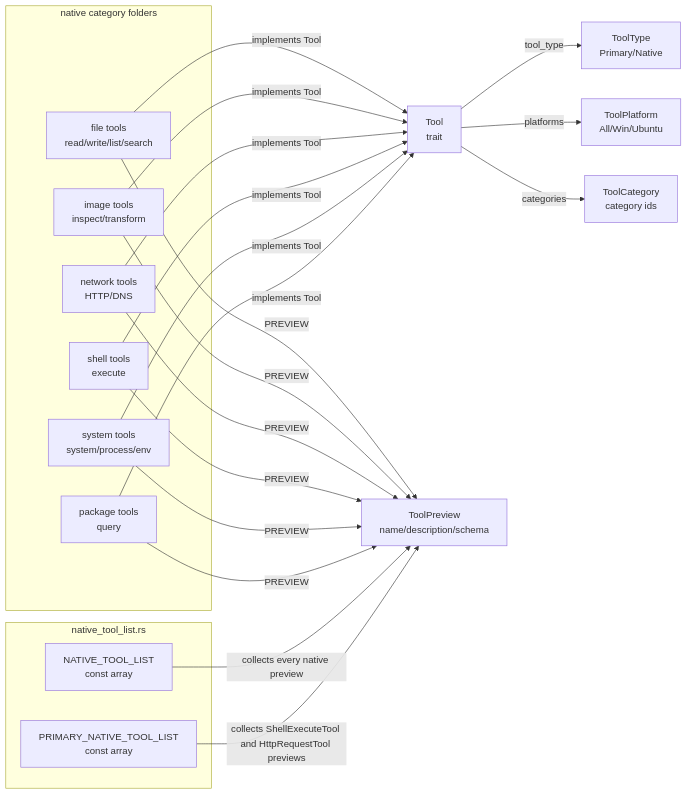
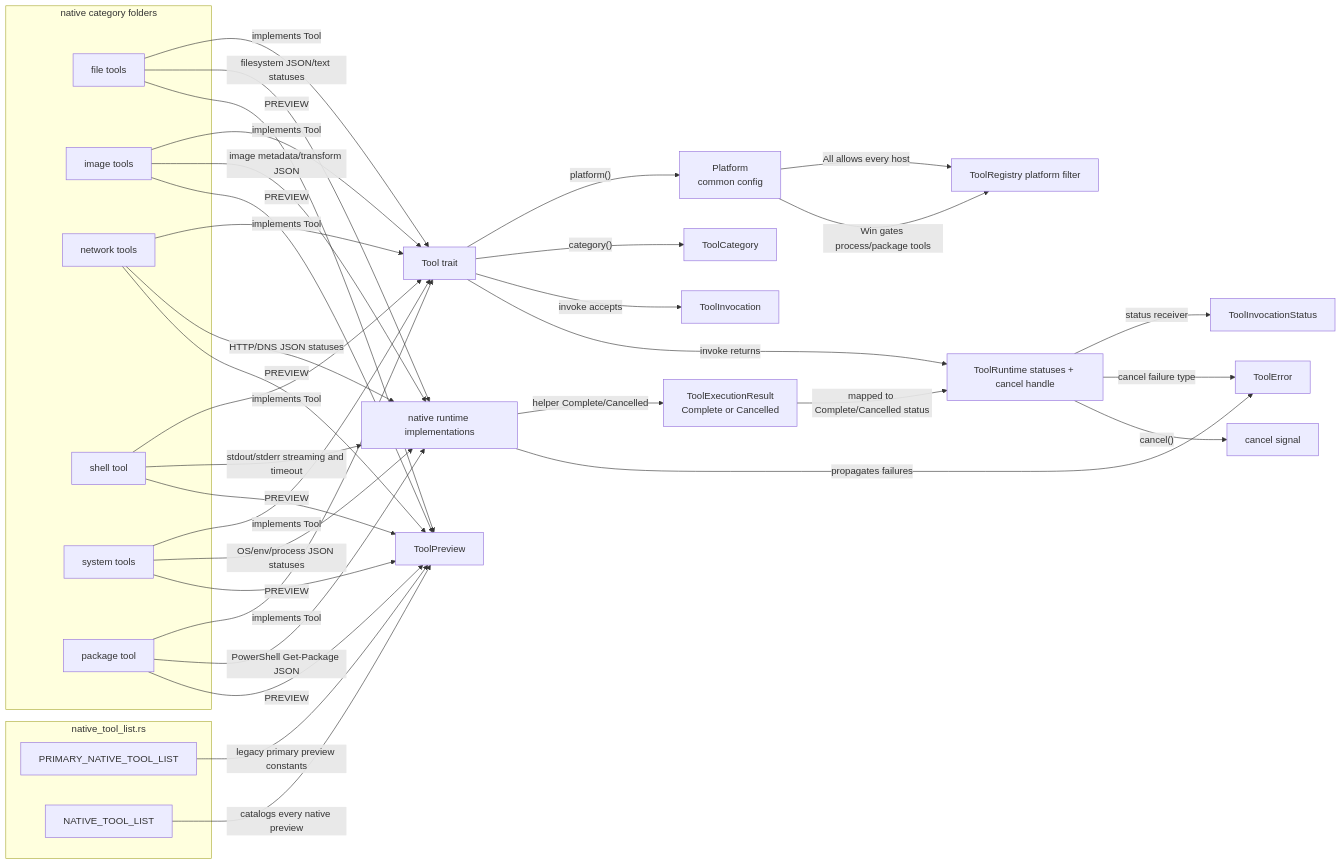
Before and after one commit to DexterDreeeam/Marix: the diagram in src/client/tool/native/.workflow.mmd, drawn with Mermaid. The commit also changed 51 other files, not shown here.

Commit message:
Unify tool runtime metadata

```diff
--- a/src/client/tool/native/.workflow.mmd
+++ b/src/client/tool/native/.workflow.mmd
@@ -1,38 +1,58 @@
 flowchart LR
   subgraph native_tool_list_rs["native_tool_list.rs"]
-    PrimaryNativeToolList["PRIMARY_NATIVE_TOOL_LIST\nconst array"]
-    NativeToolList["NATIVE_TOOL_LIST\nconst array"]
+    PrimaryNativeToolList["PRIMARY_NATIVE_TOOL_LIST"]
+    NativeToolList["NATIVE_TOOL_LIST"]
   end
-
   subgraph categories["native category folders"]
-    FileTools["file tools\nread/write/list/search"]
-    ImageTools["image tools\ninspect/transform"]
-    NetworkTools["network tools\nHTTP/DNS"]
-    ShellTools["shell tools\nexecute"]
-    SystemTools["system tools\nsystem/process/env"]
-    PackageTools["package tools\nquery"]
+    FileTools["file tools"]
+    ImageTools["image tools"]
+    NetworkTools["network tools"]
+    ShellTools["shell tool"]
+    SystemTools["system tools"]
+    PackageTools["package tool"]
   end
-
-  ToolTrait["Tool\ntrait"]
-  ToolPreview["ToolPreview\nname/description/schema"]
-  ToolType["ToolType\nPrimary/Native"]
-  ToolPlatform["ToolPlatform\nAll/Win/Ubuntu"]
-  ToolCategory["ToolCategory\ncategory ids"]
+  ToolTrait["Tool trait"]
+  ToolPreview["ToolPreview"]
+  Platform["Platform\ncommon config"]
+  ToolCategory["ToolCategory"]
+  ToolInvocation["ToolInvocation"]
+  ToolRuntime["ToolRuntime statuses + cancel handle"]
+  ToolInvocationStatus["ToolInvocationStatus"]
+  ToolExecutionResult["ToolExecutionResult<T>\nComplete or Cancelled"]
+  ToolError["ToolError"]
+  RegistrySupportCheck["ToolRegistry platform filter"]
+  RuntimeImplementations["native runtime implementations"]
+  CancelSignal["cancel signal"]
 
   FileTools -->|"implements Tool"| ToolTrait
   ImageTools -->|"implements Tool"| ToolTrait
   NetworkTools -->|"implements Tool"| ToolTrait
   ShellTools -->|"implements Tool"| ToolTrait
   SystemTools -->|"implements Tool"| ToolTrait
   PackageTools -->|"implements Tool"| ToolTrait
-  ToolTrait -->|"tool_type"| ToolType
-  ToolTrait -->|"platforms"| ToolPlatform
-  ToolTrait -->|"categories"| ToolCategory
+  ToolTrait -->|"platform()"| Platform
+  Platform -->|"All allows every host"| RegistrySupportCheck
+  Platform -->|"Win gates process/package tools"| RegistrySupportCheck
+  ToolTrait -->|"category()"| ToolCategory
+  ToolTrait -->|"invoke accepts"| ToolInvocation
+  ToolTrait -->|"invoke returns"| ToolRuntime
+  ToolRuntime -->|"status receiver"| ToolInvocationStatus
+  ToolRuntime -->|"cancel failure type"| ToolError
+  ToolRuntime -->|"cancel()"| CancelSignal
+  FileTools -->|"filesystem JSON/text statuses"| RuntimeImplementations
+  ImageTools -->|"image metadata/transform JSON"| RuntimeImplementations
+  NetworkTools -->|"HTTP/DNS JSON statuses"| RuntimeImplementations
+  ShellTools -->|"stdout/stderr streaming and timeout"| RuntimeImplementations
+  SystemTools -->|"OS/env/process JSON statuses"| RuntimeImplementations
+  PackageTools -->|"PowerShell Get-Package JSON"| RuntimeImplementations
+  RuntimeImplementations -->|"helper Complete/Cancelled"| ToolExecutionResult
+  ToolExecutionResult -->|"mapped to Complete/Cancelled status"| ToolRuntime
+  RuntimeImplementations -->|"propagates failures"| ToolError
   FileTools -->|"PREVIEW"| ToolPreview
   ImageTools -->|"PREVIEW"| ToolPreview
   NetworkTools -->|"PREVIEW"| ToolPreview
   ShellTools -->|"PREVIEW"| ToolPreview
   SystemTools -->|"PREVIEW"| ToolPreview
   PackageTools -->|"PREVIEW"| ToolPreview
-  NativeToolList -->|"collects every native preview"| ToolPreview
-  PrimaryNativeToolList -->|"collects ShellExecuteTool and HttpRequestTool previews"| ToolPreview
+  NativeToolList -->|"catalogs every native preview"| ToolPreview
+  PrimaryNativeToolList -->|"legacy primary preview constants"| ToolPreview
```
